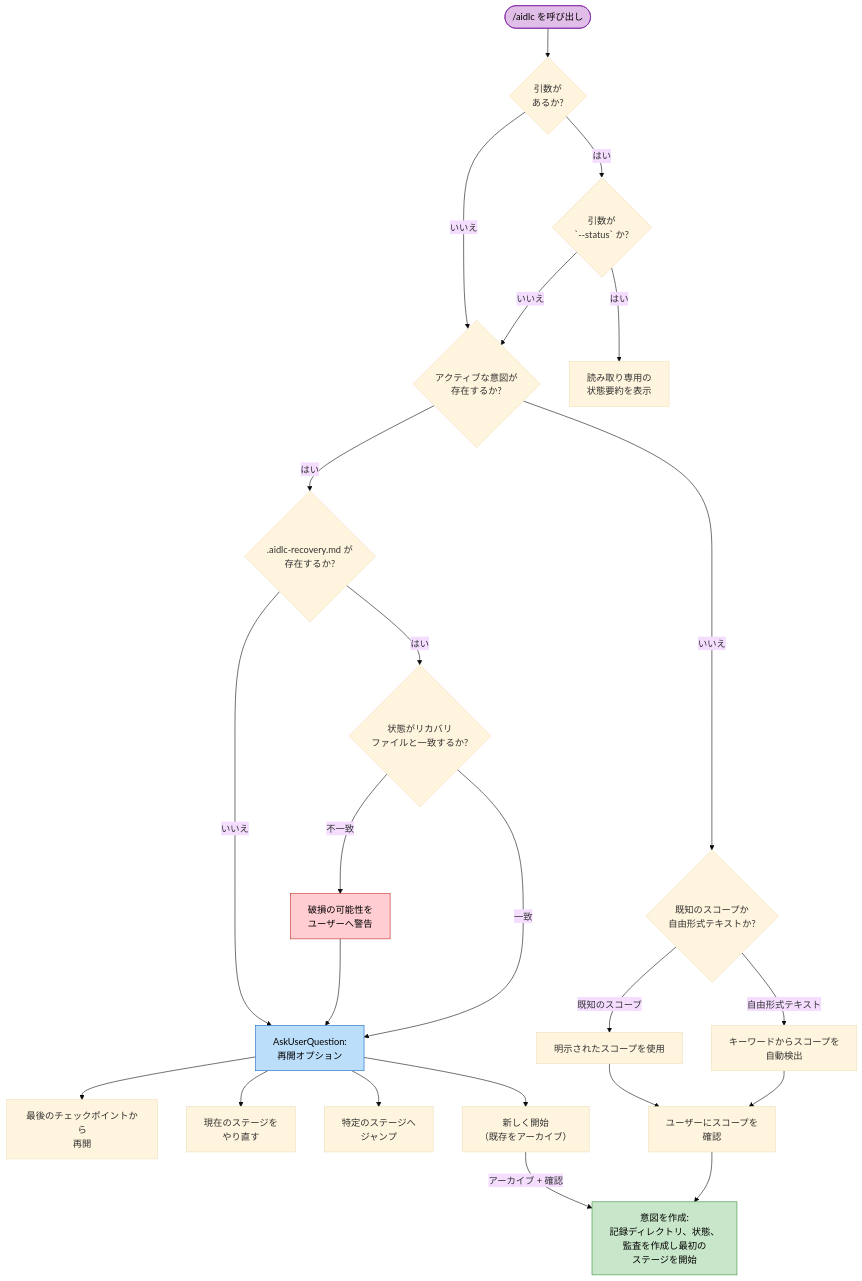
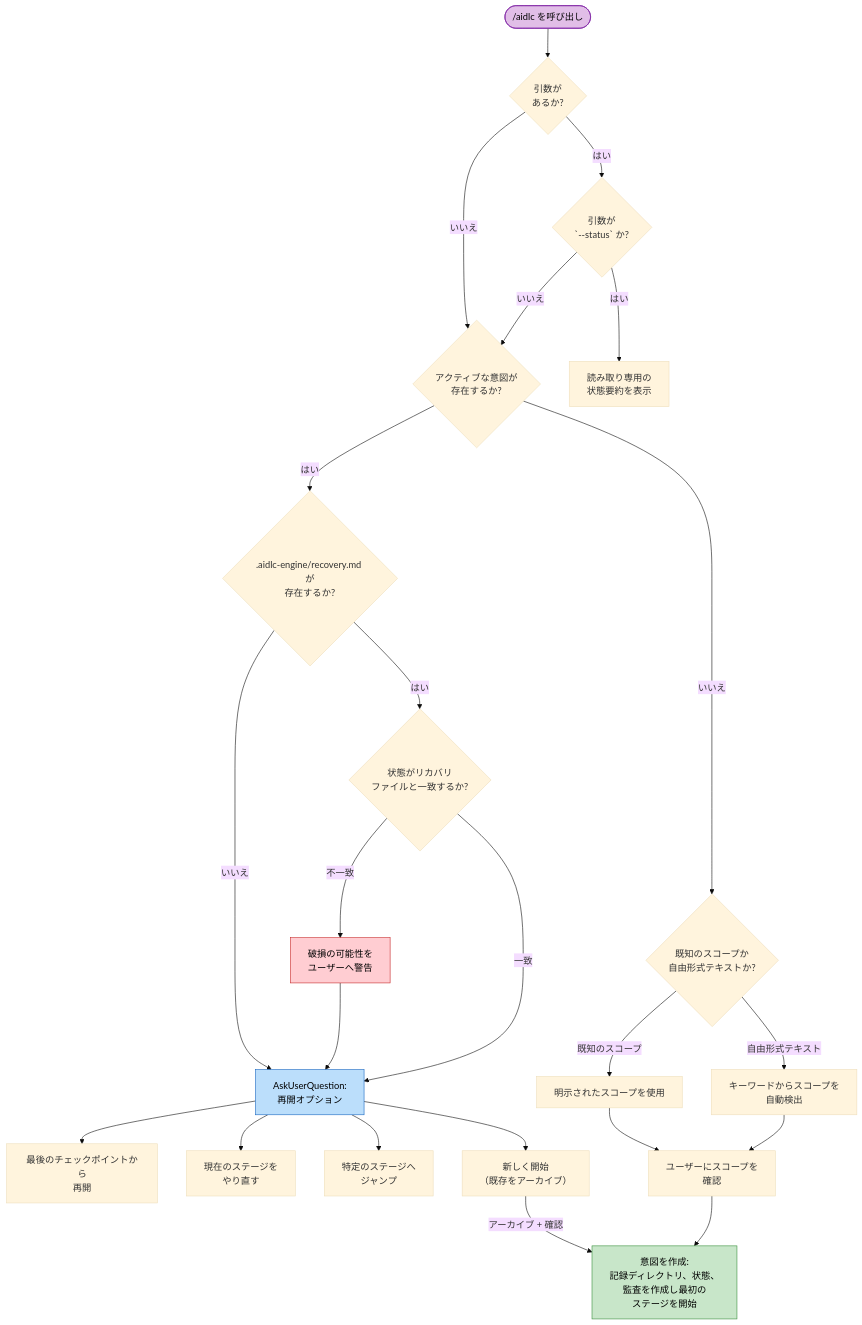
One commit to otomatty/aidlc-guide changed the eighth of 12 diagrams in docs/reference/ja/diagrams.md. Above: the diagram before and after it, drawn with Mermaid (base theme). The commit also changed other lines of this file and 450 other files, not shown here.

````diff
--- a/docs/reference/ja/diagrams.md
+++ b/docs/reference/ja/diagrams.md
@@ -369,54 +369,54 @@
 ```mermaid
 flowchart TD
     START(["/aidlc を呼び出し"])
     ARG_CHECK{"引数が\nあるか?"}
     STATUS_CHECK{"引数が\n`--status` か?"}
     STATE_EXISTS{"アクティブな意図が\n存在するか?"}
-    RECOVERY_CHECK{".aidlc-recovery.md が\n存在するか?"}
+    RECOVERY_CHECK{".aidlc-engine/recovery.md が\n存在するか?"}
     CORRUPTION{"状態がリカバリ\nファイルと一致するか?"}
     WARN["破損の可能性を\nユーザーへ警告"]
 
     RESUME_MENU["AskUserQuestion:\n再開オプション"]
     OPT_RESUME["最後のチェックポイントから\n再開"]
     OPT_REDO["現在のステージを\nやり直す"]
     OPT_JUMP["特定のステージへ\nジャンプ"]
     OPT_FRESH["新しく開始\n（既存をアーカイブ）"]
 
     STATUS_DISPLAY["読み取り専用の\n状態要約を表示"]
     SCOPE_DETECT{"既知のスコープか\n自由形式テキストか?"}
     KNOWN_SCOPE["明示されたスコープを使用"]
     FREEFORM["キーワードからスコープを\n自動検出"]
     CONFIRM_SCOPE["ユーザーにスコープを\n確認"]
     CREATE["意図を作成:\n記録ディレクトリ、状態、\n監査を作成し最初の\nステージを開始"]
 
     START --> ARG_CHECK
     ARG_CHECK -->|はい| STATUS_CHECK
     ARG_CHECK -->|いいえ| STATE_EXISTS
 
     STATUS_CHECK -->|はい| STATUS_DISPLAY
     STATUS_CHECK -->|いいえ| STATE_EXISTS
 
     STATE_EXISTS -->|はい| RECOVERY_CHECK
     STATE_EXISTS -->|いいえ| SCOPE_DETECT
 
     RECOVERY_CHECK -->|はい| CORRUPTION
     RECOVERY_CHECK -->|いいえ| RESUME_MENU
     CORRUPTION -->|不一致| WARN --> RESUME_MENU
     CORRUPTION -->|一致| RESUME_MENU
 
     RESUME_MENU --> OPT_RESUME
     RESUME_MENU --> OPT_REDO
     RESUME_MENU --> OPT_JUMP
     RESUME_MENU --> OPT_FRESH
 
     OPT_FRESH -->|"アーカイブ + 確認"| CREATE
 
     SCOPE_DETECT -->|"既知のスコープ"| KNOWN_SCOPE --> CONFIRM_SCOPE
     SCOPE_DETECT -->|"自由形式テキスト"| FREEFORM --> CONFIRM_SCOPE
     CONFIRM_SCOPE --> CREATE
 
     style START fill:#e1bee7,stroke:#7b1fa2,color:#000
     style RESUME_MENU fill:#bbdefb,stroke:#1565c0,color:#000
     style CREATE fill:#c8e6c9,stroke:#388e3c,color:#000
     style WARN fill:#ffcdd2,stroke:#c62828,color:#000
 ```
````
